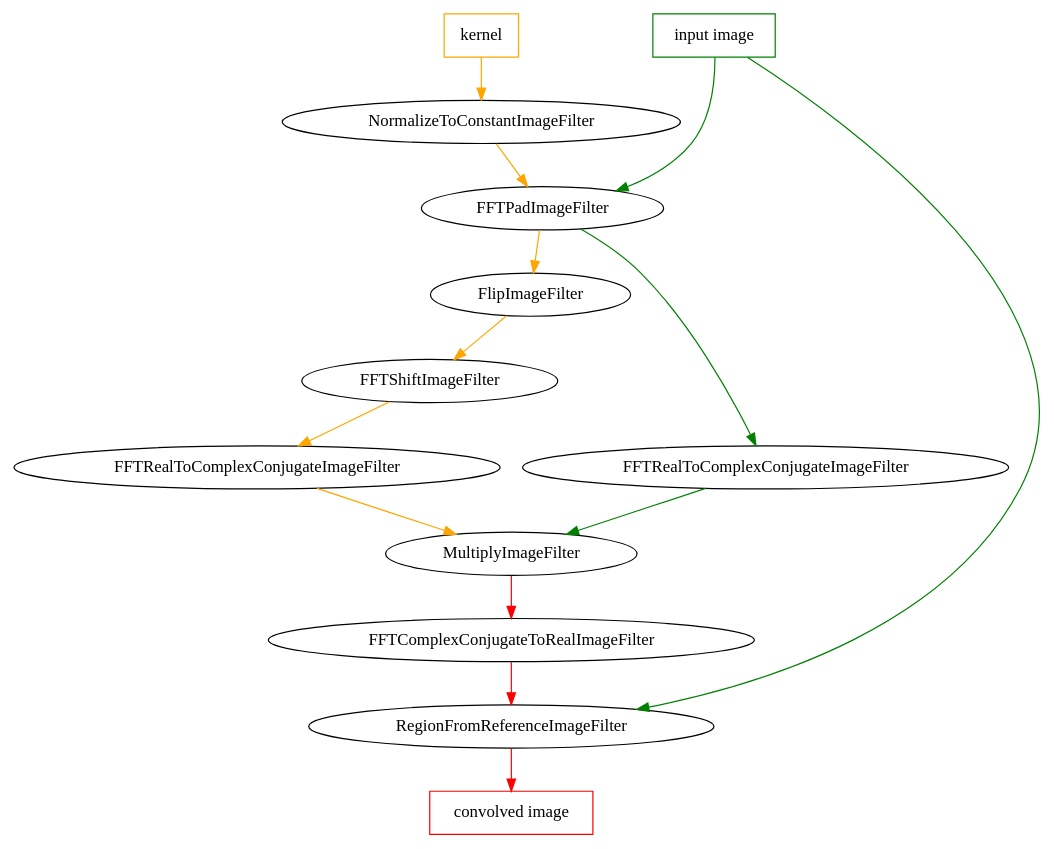
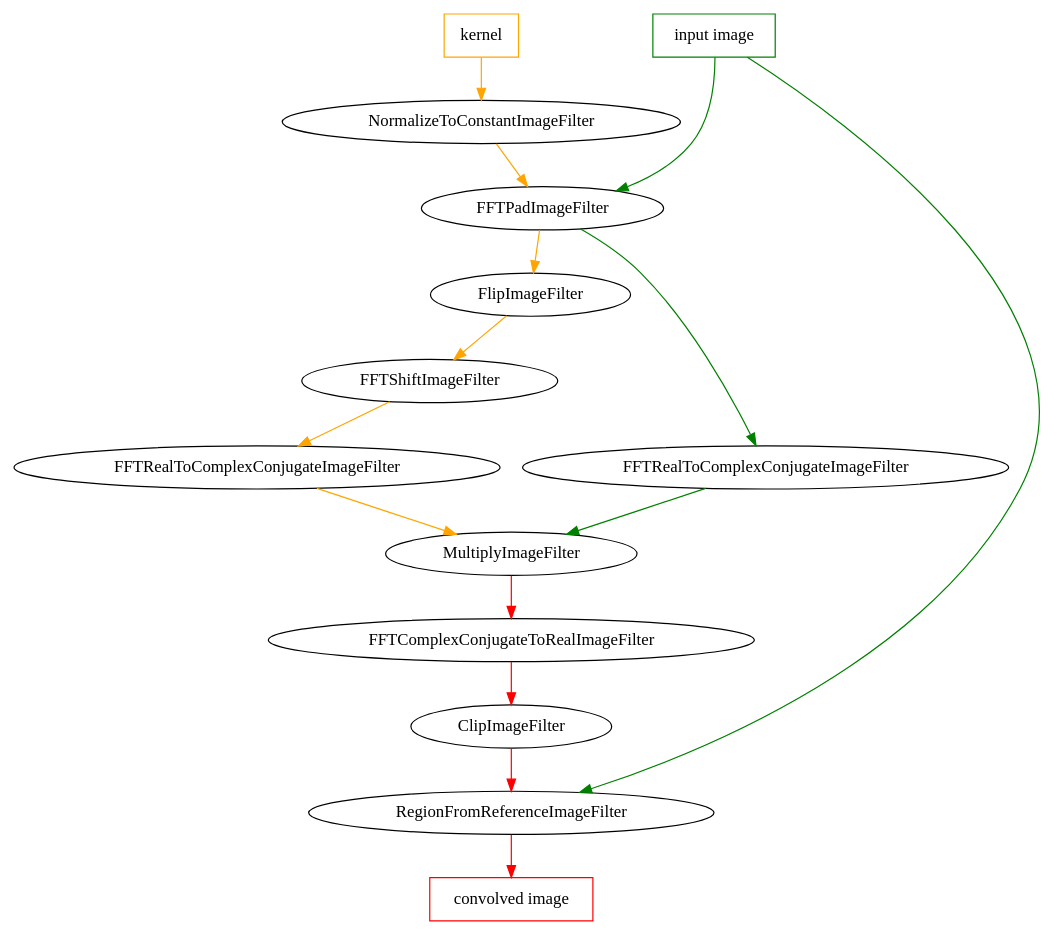
Before and after one commit to glehmann/fftconv: the diagram in images/conv.dot, drawn with Graphviz. The commit also changed 2 other files, not shown here.

```diff
--- a/images/conv.dot
+++ b/images/conv.dot
@@ -1,32 +1,32 @@
 digraph FFTConvolutionImageFilter {
 
 KernelImage[shape=box, color=orange, label="kernel"]
 InputImage[shape=box, color=green, label="input image"]
 ConvolvedImage[shape=box, color=red, label="convolved image"]
 
 {rank=same; InputImage KernelImage}
 
 FlipImageFilter
 FFTPadImageFilter
 NormalizeToConstantImageFilter
 /* CastImageFilter */
 FFTShiftImageFilter
 FFTRealToComplexConjugateImageFilter1[label=FFTRealToComplexConjugateImageFilter]
 FFTRealToComplexConjugateImageFilter2[label=FFTRealToComplexConjugateImageFilter]
 MultiplyImageFilter
 FFTComplexConjugateToRealImageFilter
 RegionFromReferenceImageFilter
 
 {rank=same; FFTRealToComplexConjugateImageFilter1 FFTRealToComplexConjugateImageFilter2}
 
 
 InputImage->FFTPadImageFilter->FFTRealToComplexConjugateImageFilter1->MultiplyImageFilter[color=green]
 
 KernelImage->NormalizeToConstantImageFilter->FFTPadImageFilter->FlipImageFilter->FFTShiftImageFilter->FFTRealToComplexConjugateImageFilter2->MultiplyImageFilter[color=orange]
 /* KernelImage->CastImageFilter->FFTPadImageFilter[color=orange] */
 
-MultiplyImageFilter->FFTComplexConjugateToRealImageFilter->RegionFromReferenceImageFilter->ConvolvedImage[color=red]
+MultiplyImageFilter->FFTComplexConjugateToRealImageFilter->ClipImageFilter->RegionFromReferenceImageFilter->ConvolvedImage[color=red]
 InputImage->RegionFromReferenceImageFilter[color=green, constraint=false]
 
 
 }
```
